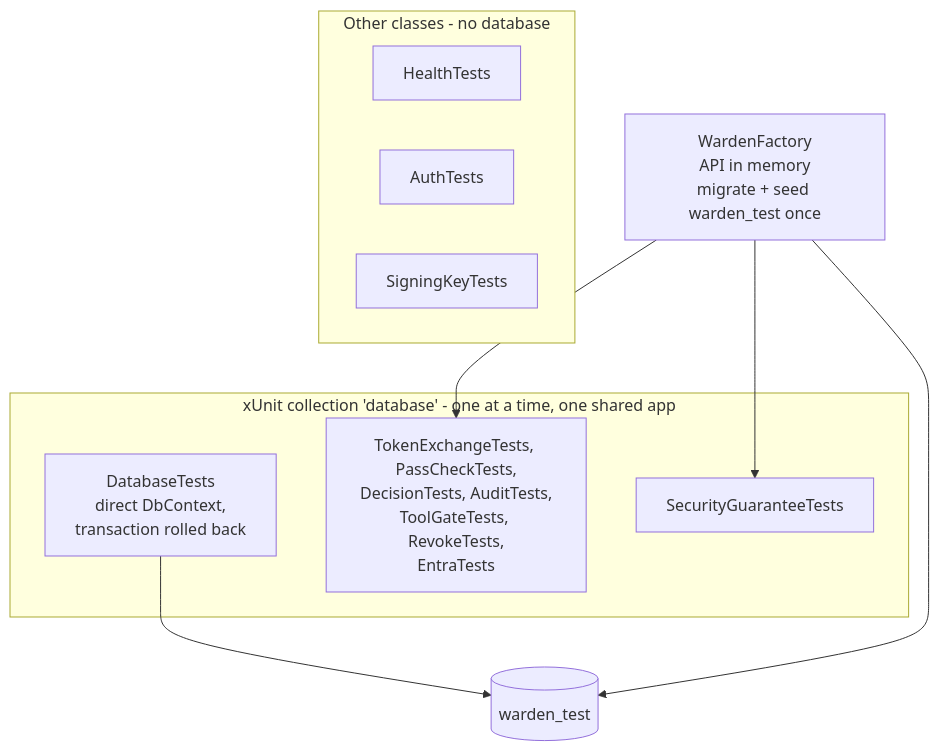
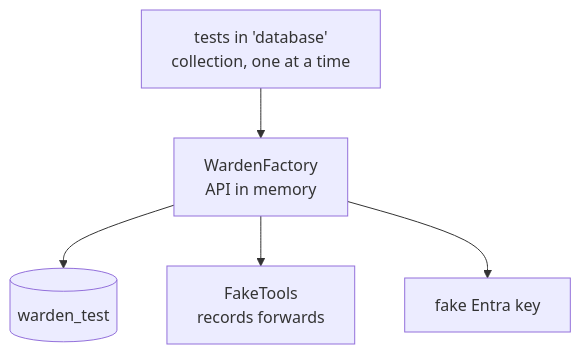
Diagram 20 of 24 in warden/docs/how-it-works.md (musishere/Warden-tickmark), drawn with Mermaid before and after one commit. The commit also changed other lines of this file and 16 other files, not shown here.

Commit message:
Remove outdated RFC and threat model documentation; update EntraTests reference to new documentation location.

````diff
--- a/warden/docs/how-it-works.md
+++ b/warden/docs/how-it-works.md
@@ -618,17 +1080,7 @@
 ```mermaid
 flowchart TB
-    subgraph Collection["xUnit collection 'database' - one at a time, one shared app"]
-        DBT[DatabaseTests<br/>direct DbContext,<br/>transaction rolled back]
-        TET[TokenExchangeTests, PassCheckTests,<br/>DecisionTests, AuditTests,<br/>ToolGateTests, RevokeTests,<br/>EntraTests]
-        SGT[SecurityGuaranteeTests]
-    end
-    F[WardenFactory<br/>API in memory<br/>migrate + seed warden_test once] --> TET
-    F --> SGT
-    DBT --> TDB[(warden_test)]
-    F --> TDB
-    subgraph Parallel[Other classes - no database]
-        HT[HealthTests]
-        AT[AuthTests]
-        SK[SigningKeyTests]
-    end
+    F["WardenFactory<br/>API in memory"] --> DB[("warden_test")]
+    F --> FT["FakeTools<br/>records forwards"]
+    F --> FE["fake Entra key"]
+    T1["tests in 'database'<br/>collection, one at a time"] --> F
 ```
````
